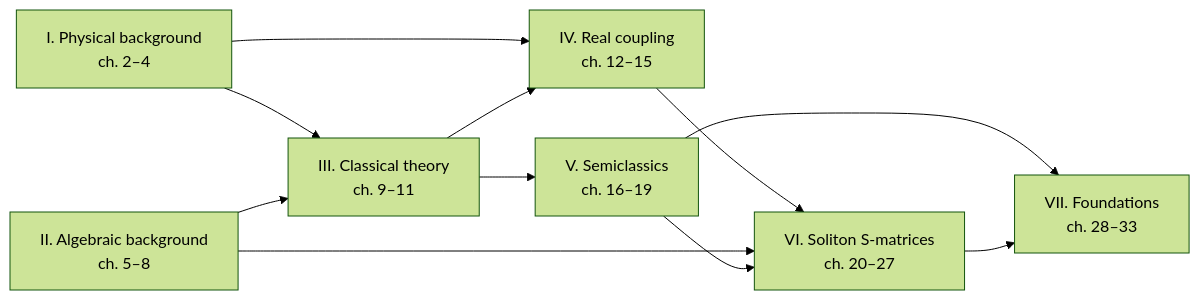
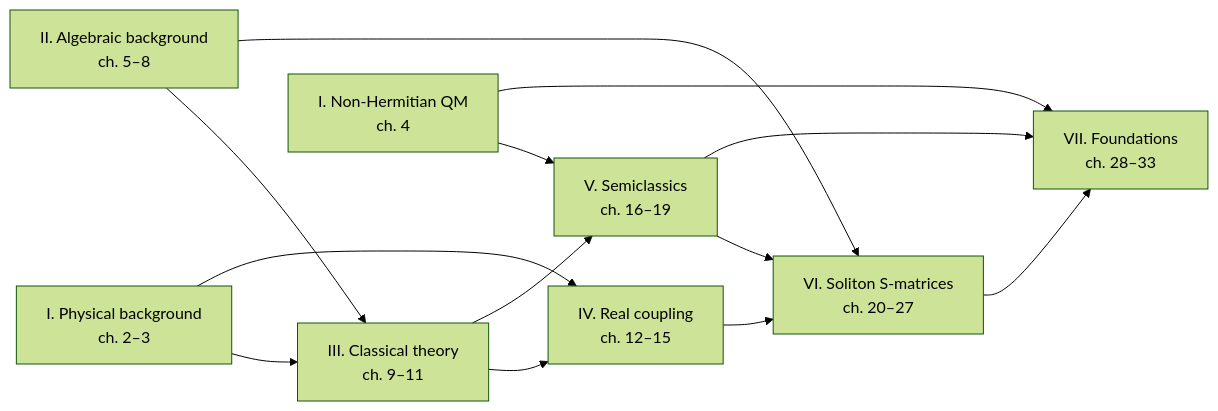
Before and after one commit to gustavdelius/affine_toda: the diagram in 01-introduction.qmd, drawn with Mermaid (forest theme). The commit also changed other lines of this file and 23 other files, not shown here.

````diff
--- a/01-introduction.qmd
+++ b/01-introduction.qmd
@@ -54,16 +58,18 @@
 ```{mermaid}
 %%| label: fig-dependencies
-%%| fig-cap: "Dependencies between the parts of the book. An arrow means that the later part uses the earlier one."
+%%| fig-cap: "Dependencies between the parts of the book. An arrow means that the later part uses the earlier one. Chapter 4 of Part I, on non-Hermitian quantum mechanics, is drawn separately because only Parts V and VII use it."
 %%| fig-width: 6
 flowchart LR
-  I["I. Physical background<br/>ch. 2–4"] --> III["III. Classical theory<br/>ch. 9–11"]
+  I["I. Physical background<br/>ch. 2–3"] --> III["III. Classical theory<br/>ch. 9–11"]
   II["II. Algebraic background<br/>ch. 5–8"] --> III
   I --> IV["IV. Real coupling<br/>ch. 12–15"]
   III --> IV
   III --> V["V. Semiclassics<br/>ch. 16–19"]
   IV --> VI["VI. Soliton S-matrices<br/>ch. 20–27"]
   II --> VI
   V --> VI
   V --> VII["VII. Foundations<br/>ch. 28–33"]
+  I4["I. Non-Hermitian QM<br/>ch. 4"] --> V
+  I4 --> VII
   VI --> VII
 ```
````
